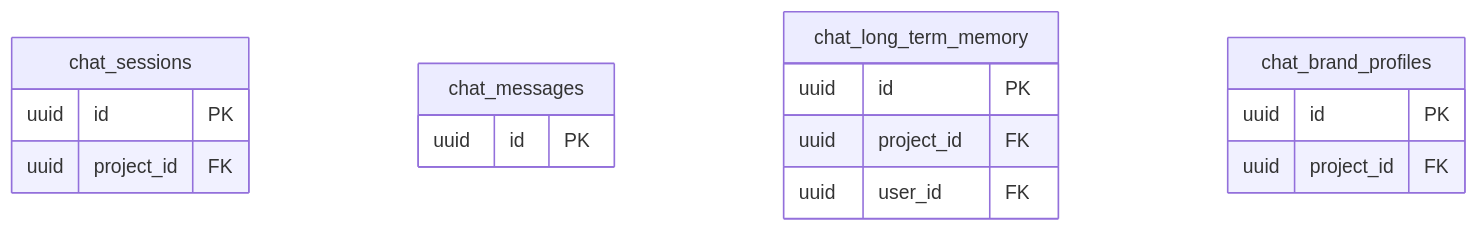
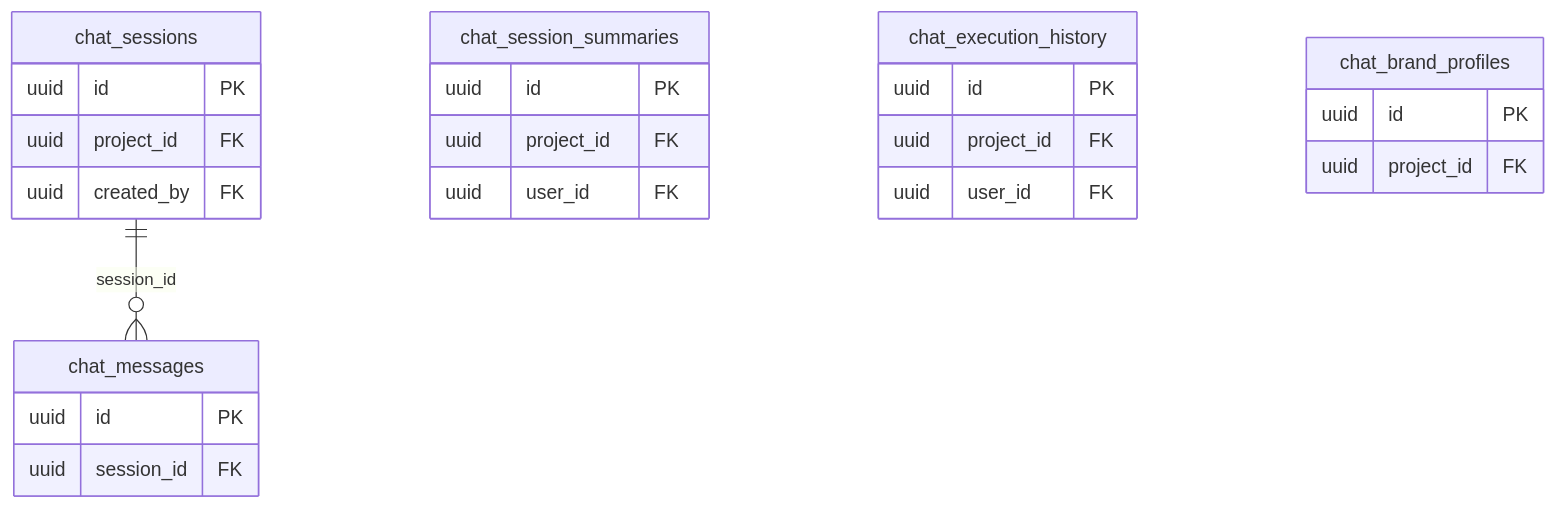
Before and after one commit to cclickstudio/click-me: the seventh of 10 diagrams in docs/db-erd.md, drawn with Mermaid. The commit also changed other lines of this file and 20 other files, not shown here.

````diff
--- a/docs/db-erd.md
+++ b/docs/db-erd.md
@@ -1284,19 +1293,27 @@
 ```mermaid
 erDiagram
   chat_sessions {
     uuid id PK
     uuid project_id FK
+    uuid created_by FK
   }
   chat_messages {
     uuid id PK
+    uuid session_id FK
   }
-  chat_long_term_memory {
+  chat_session_summaries {
+    uuid id PK
+    uuid project_id FK
+    uuid user_id FK
+  }
+  chat_execution_history {
     uuid id PK
     uuid project_id FK
     uuid user_id FK
   }
   chat_brand_profiles {
     uuid id PK
     uuid project_id FK
   }
+  chat_sessions ||--o{ chat_messages : "session_id"
 ```
````
